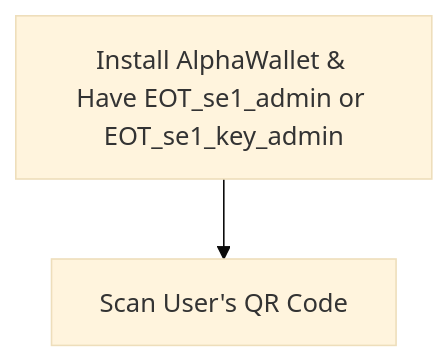
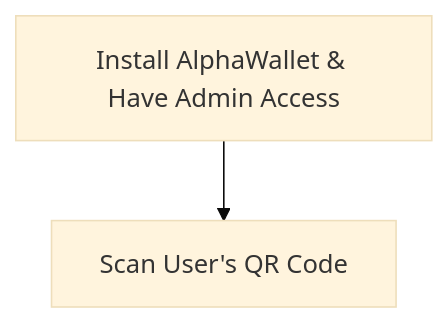
Before and after one commit to AlphaWallet/EEVY: the eighth of 10 diagrams in FLOWS.md, drawn with Mermaid (base theme). The commit also changed other lines of this file and 1 other file, not shown here.

Commit message:
updated flow to remove EOT token for now

````diff
--- a/FLOWS.md
+++ b/FLOWS.md
@@ -115,6 +113,6 @@
 ```mermaid
 graph TB
-  A[Install AlphaWallet & Have EOT_se1_admin or EOT_se1_key_admin]
+  A[Install AlphaWallet & Have Admin Access]
   B[Scan User's QR Code]
   A --> B
 ```
````
